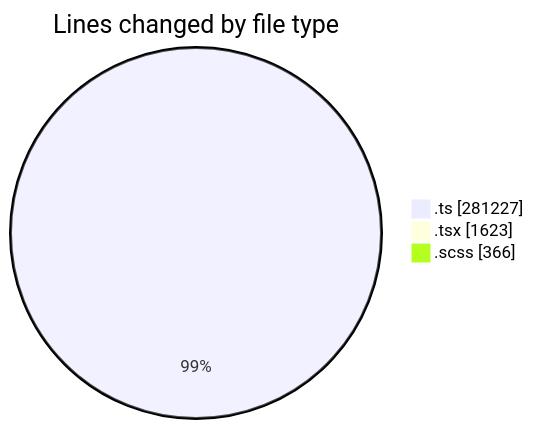
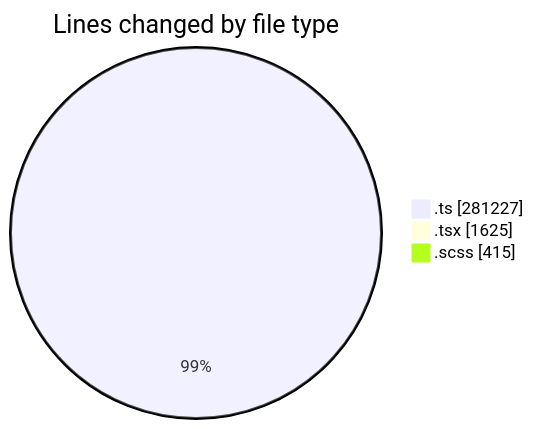
One commit to momahboobian/code-tracking changed the first of 2 diagrams in 2025-08-22/cda/README.md. Above: the diagram before and after it, drawn with Mermaid. The commit also changed other lines of this file and 1 other file, not shown here.

````diff
--- a/2025-08-22/cda/README.md
+++ b/2025-08-22/cda/README.md
@@ -40,7 +40,7 @@
 ```mermaid
 pie showData
 title Lines changed by file type
 ".ts" : 281227
-".tsx" : 1623
-".scss" : 366
+".tsx" : 1625
+".scss" : 415
 ```
````
